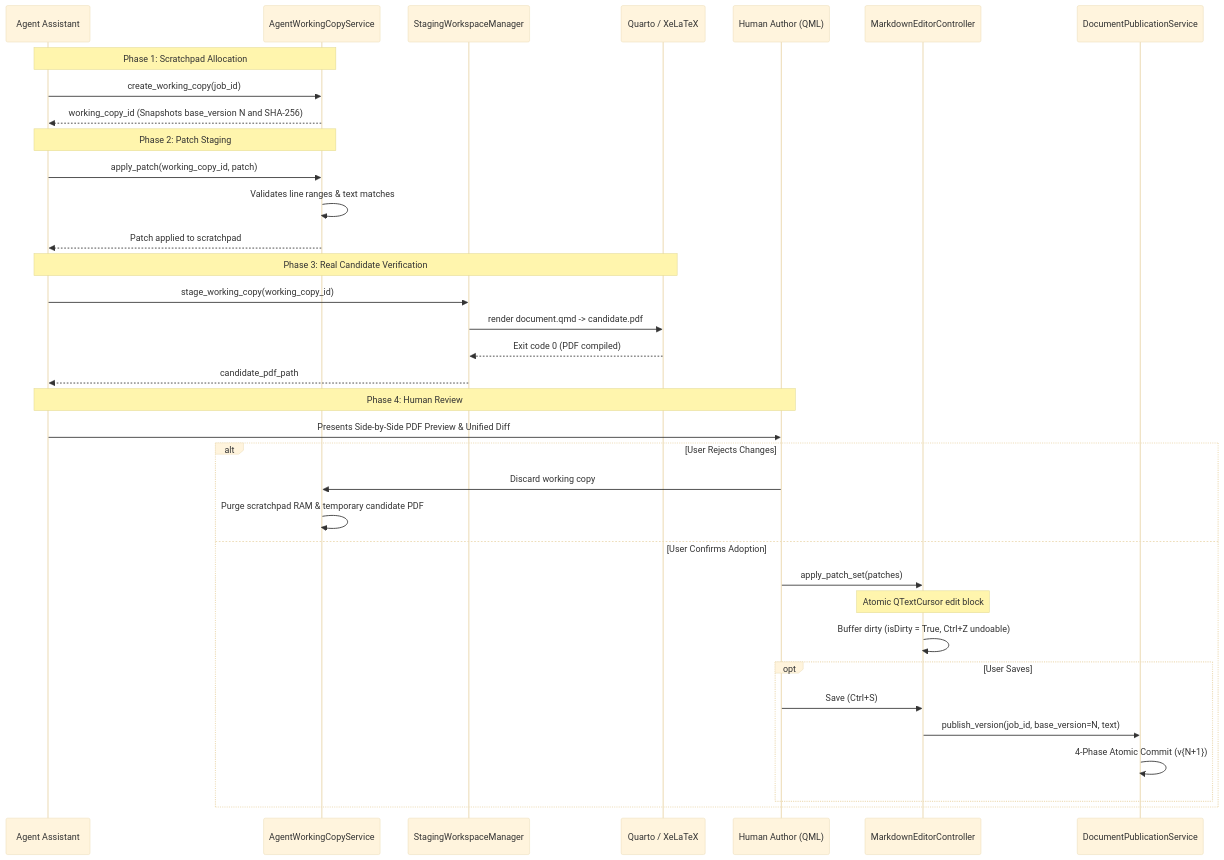
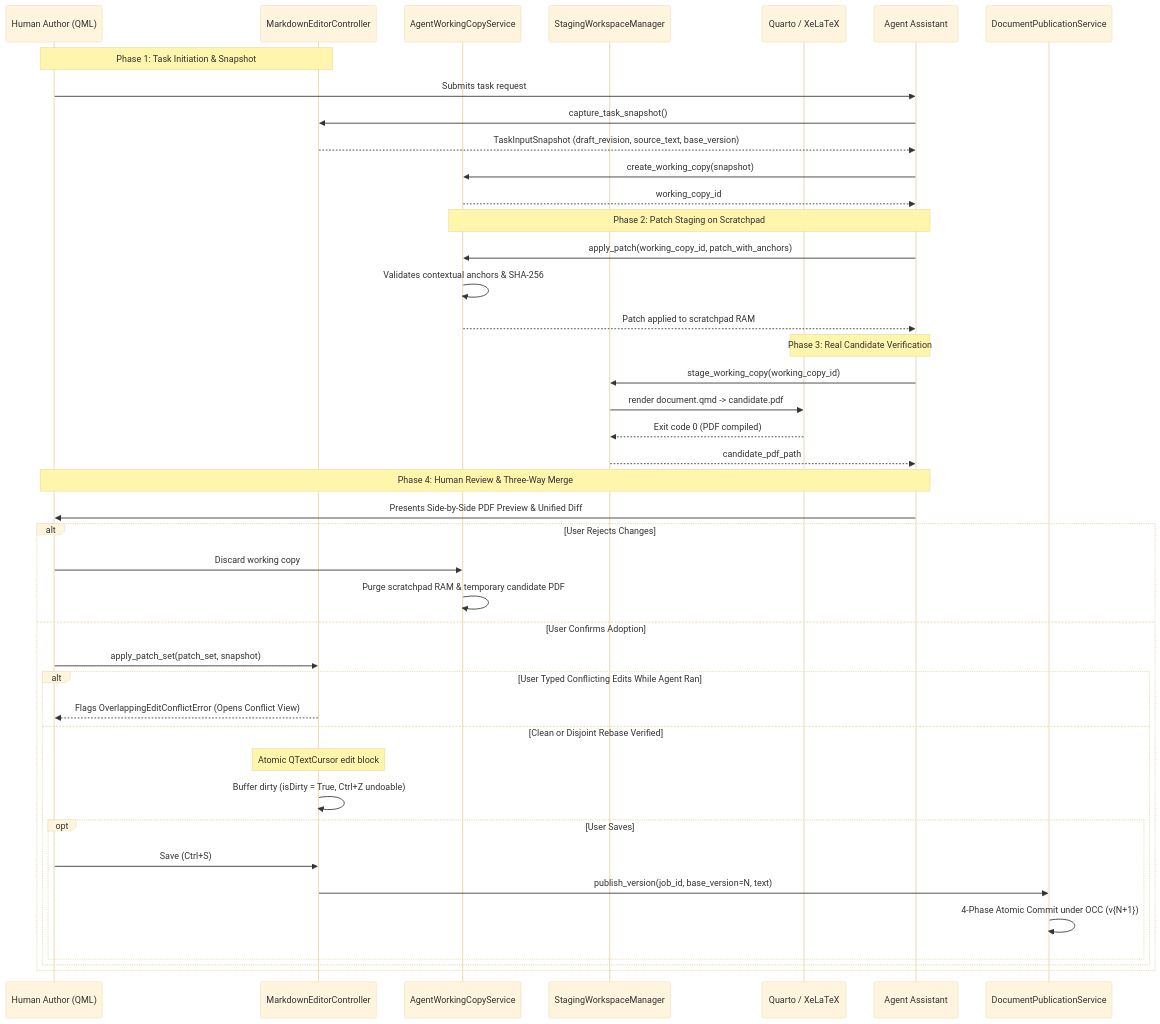
The third of 4 diagrams in docs/plans/2026-11-09-unified-agentic-document-engineering-plan.md (amirreza-a2a/Polpo), drawn with Mermaid (base theme) before and after one commit. The commit also changed other lines of this file, not shown here.

````diff
--- a/docs/plans/2026-11-09-unified-agentic-document-engineering-plan.md
+++ b/docs/plans/2026-11-09-unified-agentic-document-engineering-plan.md
@@ -257,42 +238,49 @@
 ```mermaid
 sequenceDiagram
-    participant Agent as Agent Assistant
+    participant User as Human Author (QML)
+    participant Editor as MarkdownEditorController
     participant WCS as AgentWorkingCopyService
     participant Staging as StagingWorkspaceManager
     participant Quarto as Quarto / XeLaTeX
-    participant User as Human Author (QML)
-    participant Editor as MarkdownEditorController
+    participant Agent as Agent Assistant
     participant Pub as DocumentPublicationService
 
-    Note over Agent,WCS: Phase 1: Scratchpad Allocation
-    Agent->>WCS: create_working_copy(job_id)
-    WCS-->>Agent: working_copy_id (Snapshots base_version N and SHA-256)
+    Note over User,Editor: Phase 1: Task Initiation & Snapshot
+    User->>Agent: Submits task request
+    Agent->>Editor: capture_task_snapshot()
+    Editor-->>Agent: TaskInputSnapshot (draft_revision, source_text, base_version)
+    Agent->>WCS: create_working_copy(snapshot)
+    WCS-->>Agent: working_copy_id
 
-    Note over Agent,WCS: Phase 2: Patch Staging
-    Agent->>WCS: apply_patch(working_copy_id, patch)
-    WCS->>WCS: Validates line ranges & text matches
-    WCS-->>Agent: Patch applied to scratchpad
+    Note over Agent,WCS: Phase 2: Patch Staging on Scratchpad
+    Agent->>WCS: apply_patch(working_copy_id, patch_with_anchors)
+    WCS->>WCS: Validates contextual anchors & SHA-256
+    WCS-->>Agent: Patch applied to scratchpad RAM
 
     Note over Agent,Quarto: Phase 3: Real Candidate Verification
     Agent->>Staging: stage_working_copy(working_copy_id)
     Staging->>Quarto: render document.qmd -> candidate.pdf
     Quarto-->>Staging: Exit code 0 (PDF compiled)
     Staging-->>Agent: candidate_pdf_path
 
-    Note over Agent,User: Phase 4: Human Review
+    Note over Agent,User: Phase 4: Human Review & Three-Way Merge
     Agent->>User: Presents Side-by-Side PDF Preview & Unified Diff
 
     alt User Rejects Changes
         User->>WCS: Discard working copy
         WCS->>WCS: Purge scratchpad RAM & temporary candidate PDF
     else User Confirms Adoption
-        User->>Editor: apply_patch_set(patches)
-        Note over Editor: Atomic QTextCursor edit block
-        Editor->>Editor: Buffer dirty (isDirty = True, Ctrl+Z undoable)
-        opt User Saves
-            User->>Editor: Save (Ctrl+S)
-            Editor->>Pub: publish_version(job_id, base_version=N, text)
-            Pub->>Pub: 4-Phase Atomic Commit (v{N+1})
+        User->>Editor: apply_patch_set(patch_set, snapshot)
+        alt User Typed Conflicting Edits While Agent Ran
+            Editor-->>User: Flags OverlappingEditConflictError (Opens Conflict View)
+        else Clean or Disjoint Rebase Verified
+            Note over Editor: Atomic QTextCursor edit block
+            Editor->>Editor: Buffer dirty (isDirty = True, Ctrl+Z undoable)
+            opt User Saves
+                User->>Editor: Save (Ctrl+S)
+                Editor->>Pub: publish_version(job_id, base_version=N, text)
+                Pub->>Pub: 4-Phase Atomic Commit under OCC (v{N+1})
+            end
         end
     end
 ```
````
